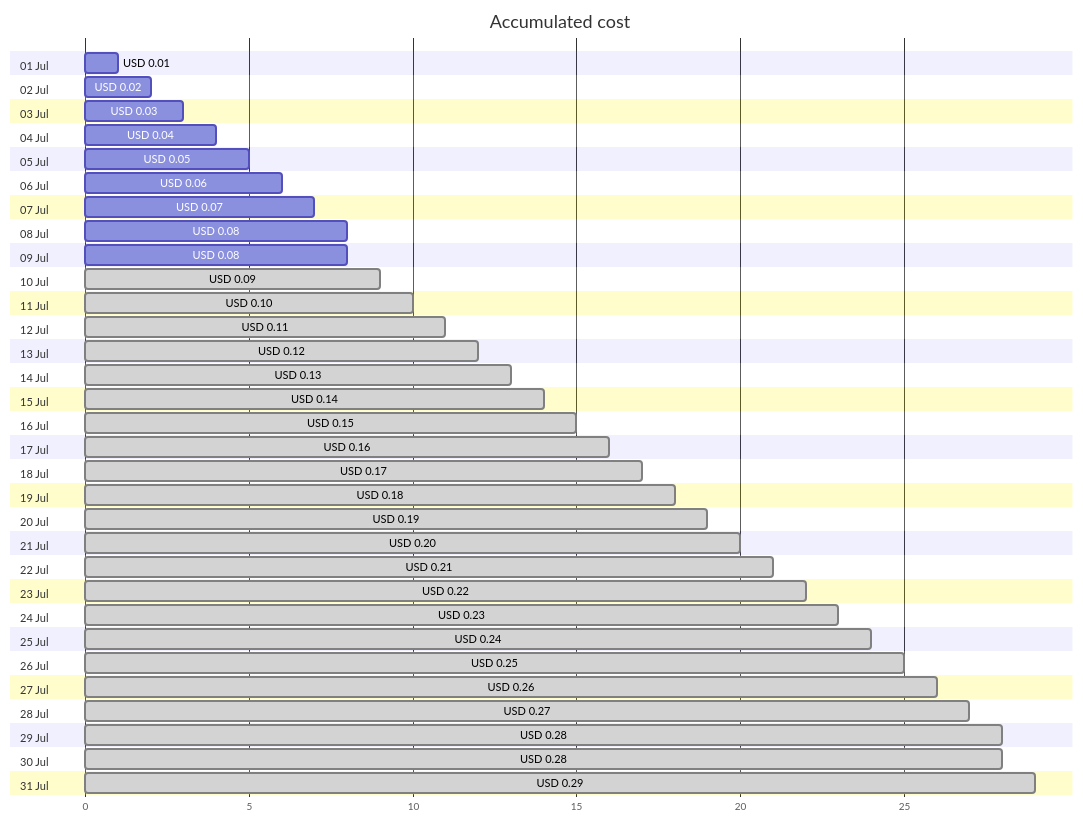
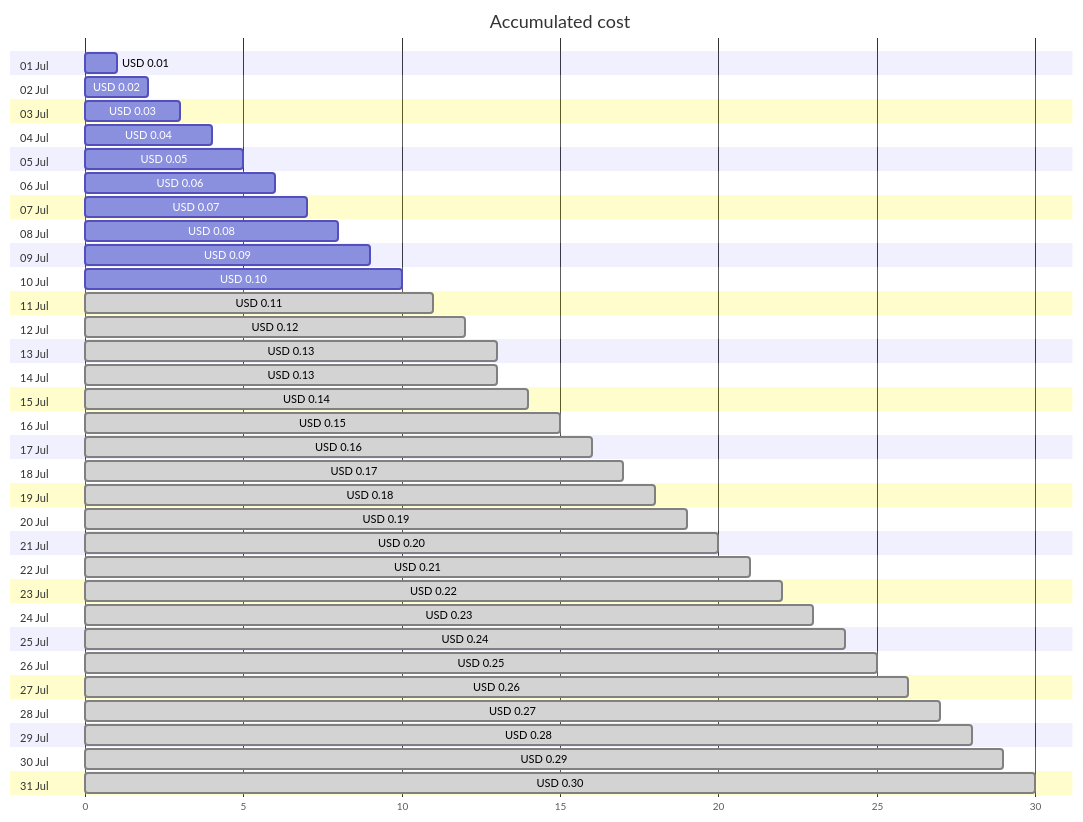
One commit to jpfulton/azure-personal-reports changed the first of 4 diagrams in cost-reports/cloud-shell-storage-eastus/README.md. Above: the diagram before and after it, drawn with Mermaid. The commit also changed other lines of this file and 1 other file, not shown here.

````diff
--- a/cost-reports/cloud-shell-storage-eastus/README.md
+++ b/cost-reports/cloud-shell-storage-eastus/README.md
@@ -20,68 +20,68 @@
 ```mermaid
 gantt
    title Accumulated cost
    dateFormat  X
    axisFormat %s
    section 01 Jul
    USD 0.01 :0, 1
    section 02 Jul
    USD 0.02 :0, 2
    section 03 Jul
    USD 0.03 :0, 3
    section 04 Jul
    USD 0.04 :0, 4
    section 05 Jul
    USD 0.05 :0, 5
    section 06 Jul
    USD 0.06 :0, 6
    section 07 Jul
    USD 0.07 :0, 7
    section 08 Jul
    USD 0.08 :0, 8
    section 09 Jul
-   USD 0.08 :0, 8
+   USD 0.09 :0, 9
    section 10 Jul
-   USD 0.09 : done, 0, 9
+   USD 0.10 :0, 10
    section 11 Jul
-   USD 0.10 : done, 0, 10
+   USD 0.11 : done, 0, 11
    section 12 Jul
-   USD 0.11 : done, 0, 11
+   USD 0.12 : done, 0, 12
    section 13 Jul
-   USD 0.12 : done, 0, 12
+   USD 0.13 : done, 0, 13
    section 14 Jul
    USD 0.13 : done, 0, 13
    section 15 Jul
    USD 0.14 : done, 0, 14
    section 16 Jul
    USD 0.15 : done, 0, 15
    section 17 Jul
    USD 0.16 : done, 0, 16
    section 18 Jul
    USD 0.17 : done, 0, 17
    section 19 Jul
    USD 0.18 : done, 0, 18
    section 20 Jul
    USD 0.19 : done, 0, 19
    section 21 Jul
    USD 0.20 : done, 0, 20
    section 22 Jul
    USD 0.21 : done, 0, 21
    section 23 Jul
    USD 0.22 : done, 0, 22
    section 24 Jul
    USD 0.23 : done, 0, 23
    section 25 Jul
    USD 0.24 : done, 0, 24
    section 26 Jul
    USD 0.25 : done, 0, 25
    section 27 Jul
    USD 0.26 : done, 0, 26
    section 28 Jul
    USD 0.27 : done, 0, 27
    section 29 Jul
    USD 0.28 : done, 0, 28
    section 30 Jul
-   USD 0.28 : done, 0, 28
+   USD 0.29 : done, 0, 29
    section 31 Jul
-   USD 0.29 : done, 0, 29
+   USD 0.30 : done, 0, 30
 ```
````
